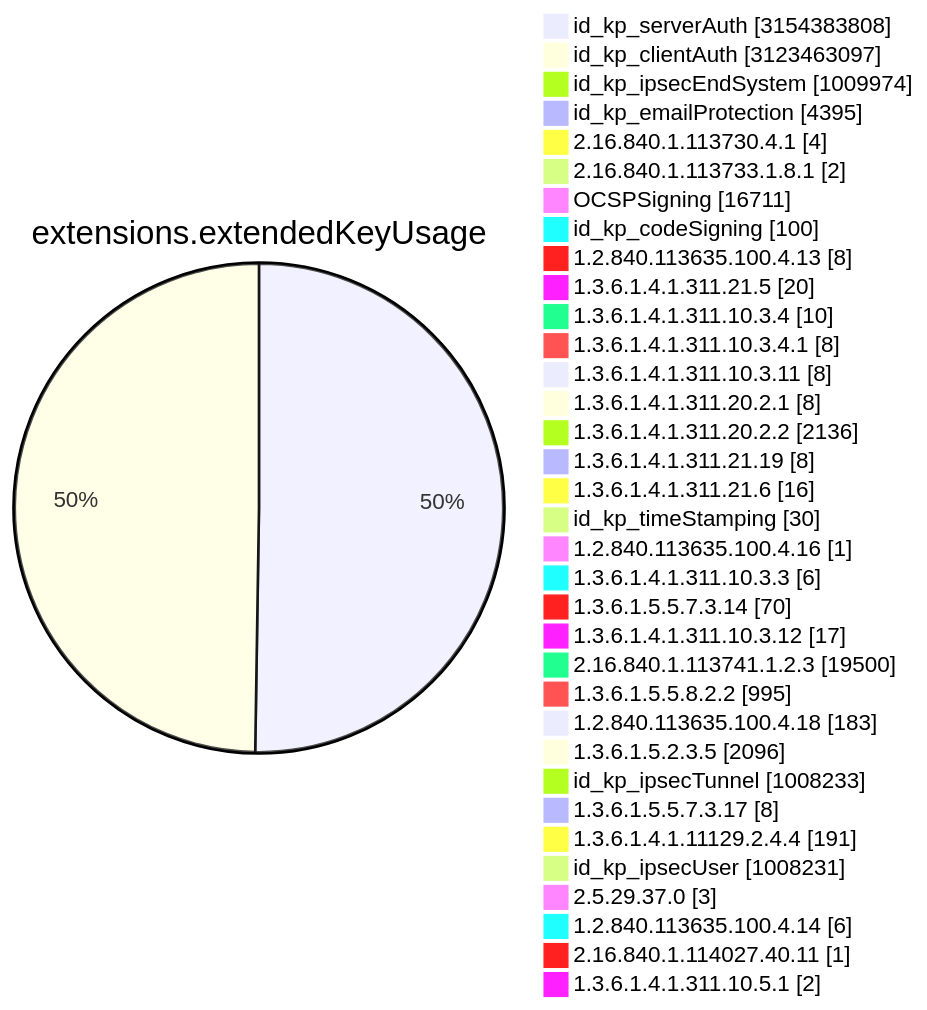
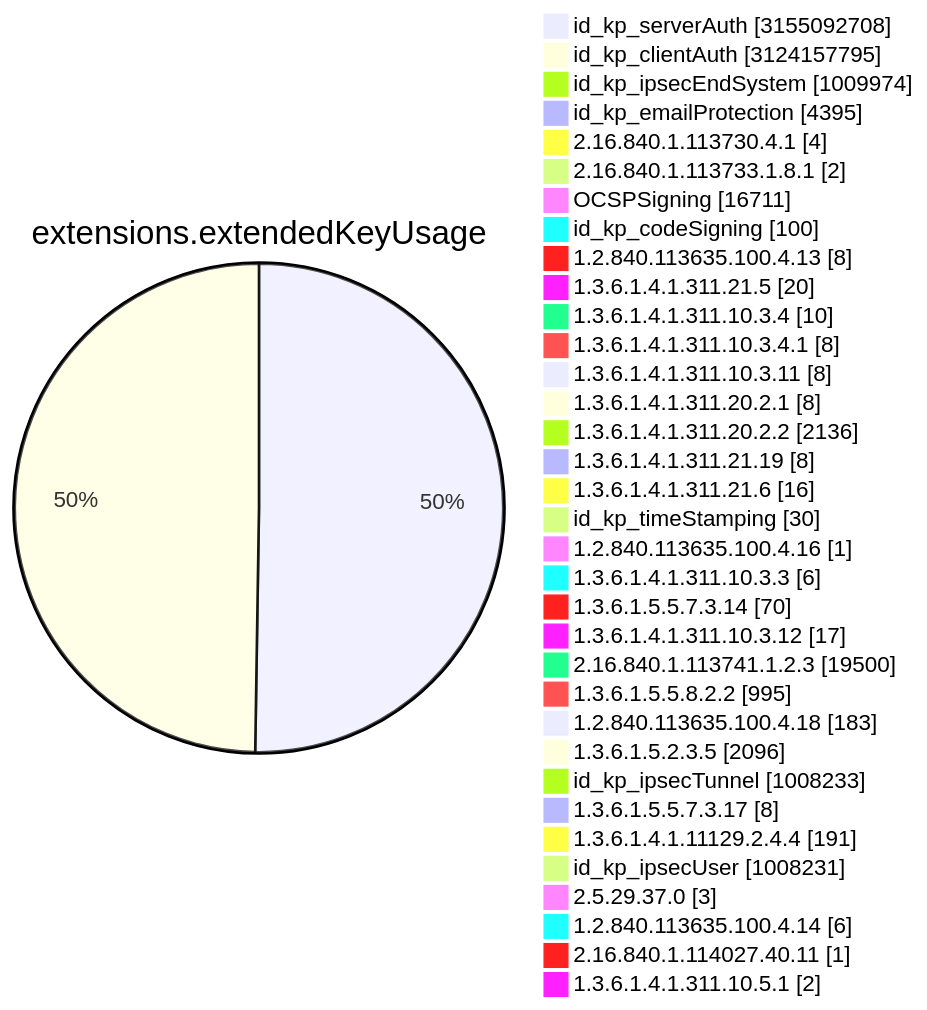
Before and after one commit to christiankrug/ctmonitor_visualization: diagram 11 of 15 in TOTAL/README.md, drawn with Mermaid. The commit also changed other lines of this file, not shown here.

````diff
--- a/TOTAL/README.md
+++ b/TOTAL/README.md
@@ -4119,38 +4119,38 @@
 ```mermaid
 pie showData
 title extensions.extendedKeyUsage
-"id_kp_serverAuth" :3154383808
-"id_kp_clientAuth" :3123463097
+"id_kp_serverAuth" :3155092708
+"id_kp_clientAuth" :3124157795
 "id_kp_ipsecEndSystem" :1009974
 "id_kp_emailProtection" :4395
 "2.16.840.1.113730.4.1" :4
 "2.16.840.1.113733.1.8.1" :2
 "OCSPSigning" :16711
 "id_kp_codeSigning" :100
 "1.2.840.113635.100.4.13" :8
 "1.3.6.1.4.1.311.21.5" :20
 "1.3.6.1.4.1.311.10.3.4" :10
 "1.3.6.1.4.1.311.10.3.4.1" :8
 "1.3.6.1.4.1.311.10.3.11" :8
 "1.3.6.1.4.1.311.20.2.1" :8
 "1.3.6.1.4.1.311.20.2.2" :2136
 "1.3.6.1.4.1.311.21.19" :8
 "1.3.6.1.4.1.311.21.6" :16
 "id_kp_timeStamping" :30
 "1.2.840.113635.100.4.16" :1
 "1.3.6.1.4.1.311.10.3.3" :6
 "1.3.6.1.5.5.7.3.14" :70
 "1.3.6.1.4.1.311.10.3.12" :17
 "2.16.840.1.113741.1.2.3" :19500
 "1.3.6.1.5.5.8.2.2" :995
 "1.2.840.113635.100.4.18" :183
 "1.3.6.1.5.2.3.5" :2096
 "id_kp_ipsecTunnel" :1008233
 "1.3.6.1.5.5.7.3.17" :8
 "1.3.6.1.4.1.11129.2.4.4" :191
 "id_kp_ipsecUser" :1008231
 "2.5.29.37.0" :3
 "1.2.840.113635.100.4.14" :6
 "2.16.840.1.114027.40.11" :1
 "1.3.6.1.4.1.311.10.5.1" :2
 ```
````
